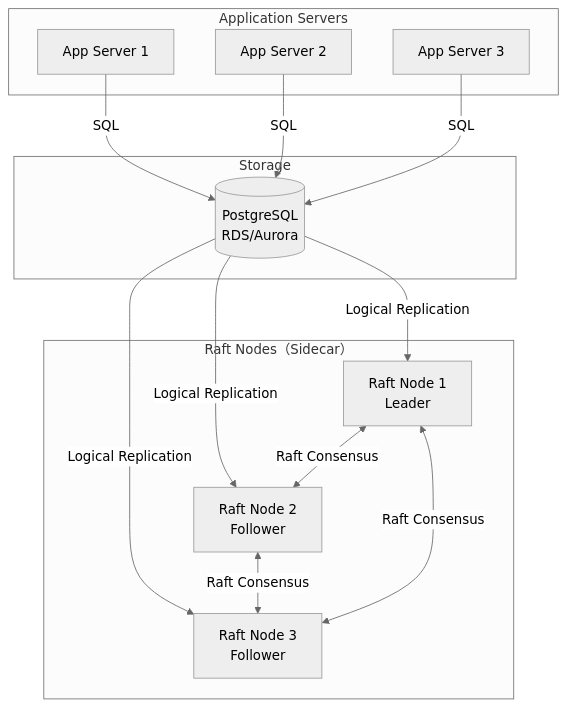
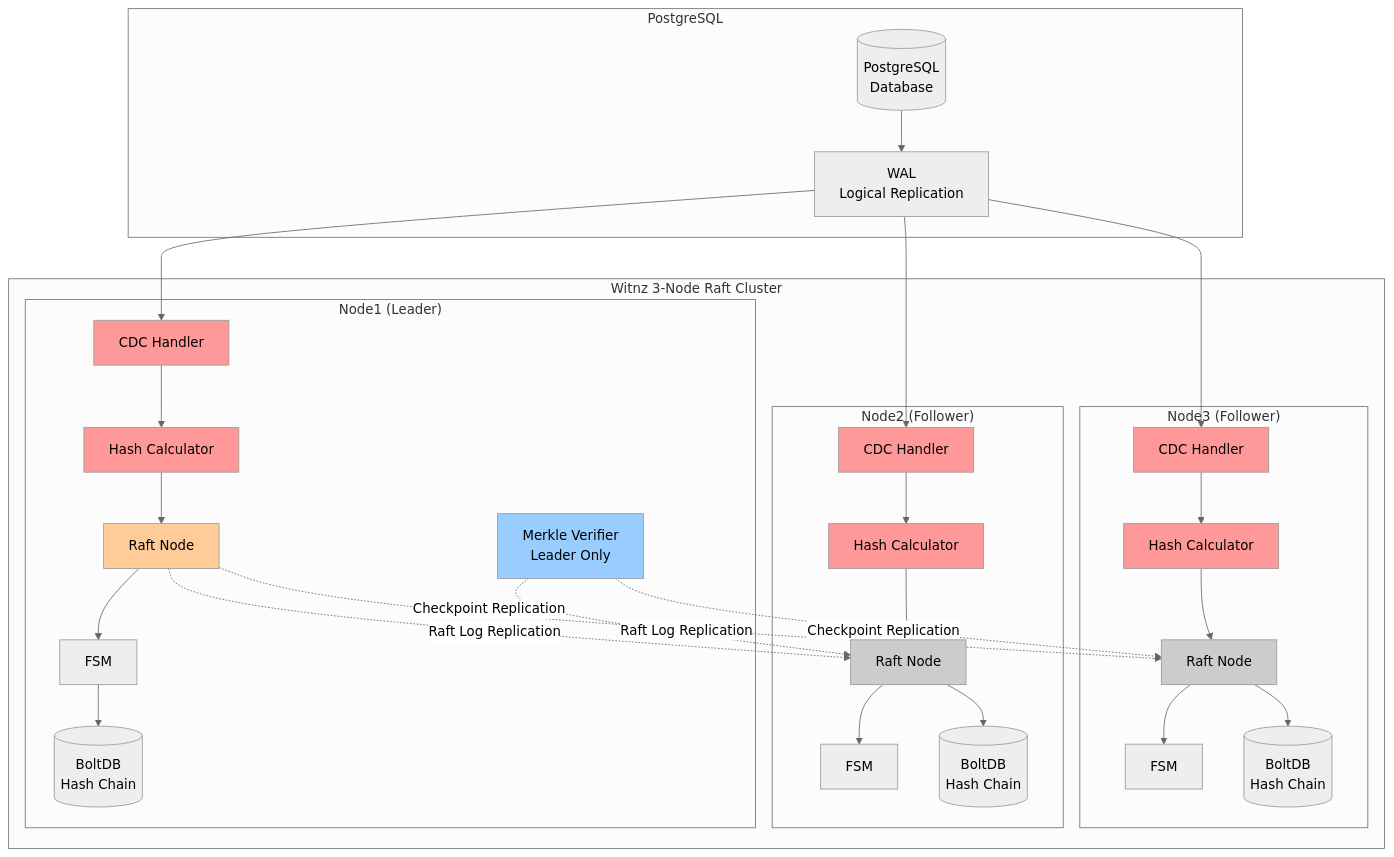
One commit to Anes1032/witnz changed the diagram in README.md. Above: the diagram before and after it, drawn with Mermaid (neutral theme). The commit also changed other lines of this file and 5 other files, not shown here.

````diff
--- a/README.md
+++ b/README.md
@@ -53,26 +53,72 @@
 ```mermaid
 graph TB
-    subgraph "Application Servers"
-        App1[App Server 1]
-        App2[App Server 2]
-        App3[App Server 3]
+    subgraph PostgreSQL
+        PG[(PostgreSQL<br/>Database)]
+        WAL[WAL<br/>Logical Replication]
     end
 
-    subgraph "Raft Nodes（Sidecar）"
-        Node1[Raft Node 1<br/>Leader]
-        Node2[Raft Node 2<br/>Follower]
-        Node3[Raft Node 3<br/>Follower]
+    subgraph "Witnz 3-Node Raft Cluster"
+        subgraph "Node1 (Leader)"
+            CDC1[CDC Handler]
+            HASH1[Hash Calculator]
+            RAFT1[Raft Node]
+            FSM1[FSM]
+            DB1[(BoltDB<br/>Hash Chain)]
+            VERIFY1[Merkle Verifier<br/>Leader Only]
+        end
+
+        subgraph "Node2 (Follower)"
+            CDC2[CDC Handler]
+            HASH2[Hash Calculator]
+            RAFT2[Raft Node]
+            FSM2[FSM]
+            DB2[(BoltDB<br/>Hash Chain)]
+        end
+
+        subgraph "Node3 (Follower)"
+            CDC3[CDC Handler]
+            HASH3[Hash Calculator]
+            RAFT3[Raft Node]
+            FSM3[FSM]
+            DB3[(BoltDB<br/>Hash Chain)]
+        end
     end
 
-    subgraph "Storage"
-        PG[(PostgreSQL<br/>RDS/Aurora)]
-    end
+    PG --> WAL
+    WAL --> CDC1
+    WAL --> CDC2
+    WAL --> CDC3
 
-    App1 & App2 & App3 -->|SQL| PG
+    CDC1 --> HASH1
+    CDC2 --> HASH2
+    CDC3 --> HASH3
 
-    PG -->|Logical Replication| Node1 & Node2 & Node3
+    HASH1 --> RAFT1
+    HASH2 --> RAFT2
+    HASH3 --> RAFT3
 
-    Node1 <-->|Raft Consensus| Node2
-    Node2 <-->|Raft Consensus| Node3
-    Node3 <-->|Raft Consensus| Node1
+    RAFT1 --> FSM1
+    FSM1 --> DB1
+
+    RAFT1 -.Raft Log Replication.-> RAFT2
+    RAFT1 -.Raft Log Replication.-> RAFT3
+
+    RAFT2 --> FSM2
+    RAFT2 --> DB2
+    RAFT3 --> FSM3
+    RAFT3 --> DB3
+
+    VERIFY1 -.Checkpoint Replication.-> RAFT2
+    VERIFY1 -.Checkpoint Replication.-> RAFT3
+
+    style CDC1 fill:#ff9999
+    style CDC2 fill:#ff9999
+    style CDC3 fill:#ff9999
+    style HASH1 fill:#ff9999
+    style HASH2 fill:#ff9999
+    style HASH3 fill:#ff9999
+    style VERIFY1 fill:#99ccff
+    style RAFT1 fill:#ffcc99
+    style RAFT2 fill:#cccccc
+    style RAFT3 fill:#cccccc
 ```
````
